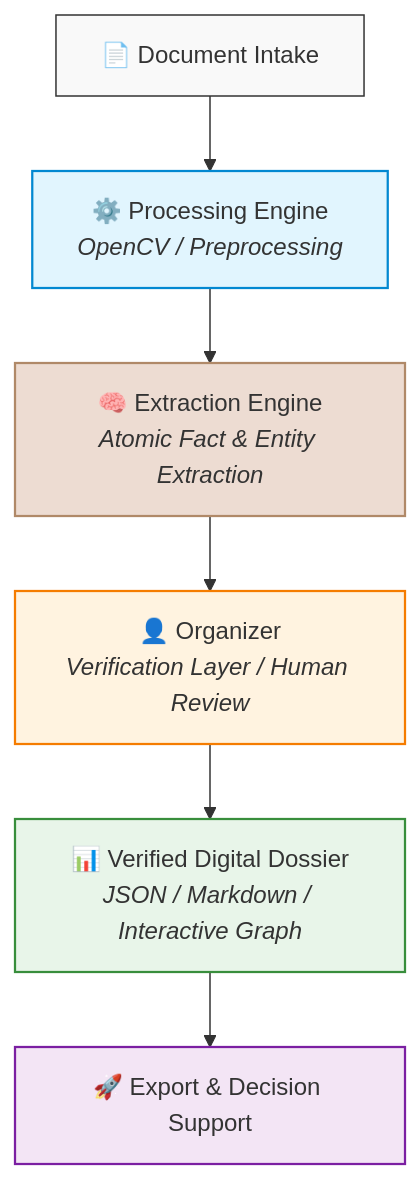
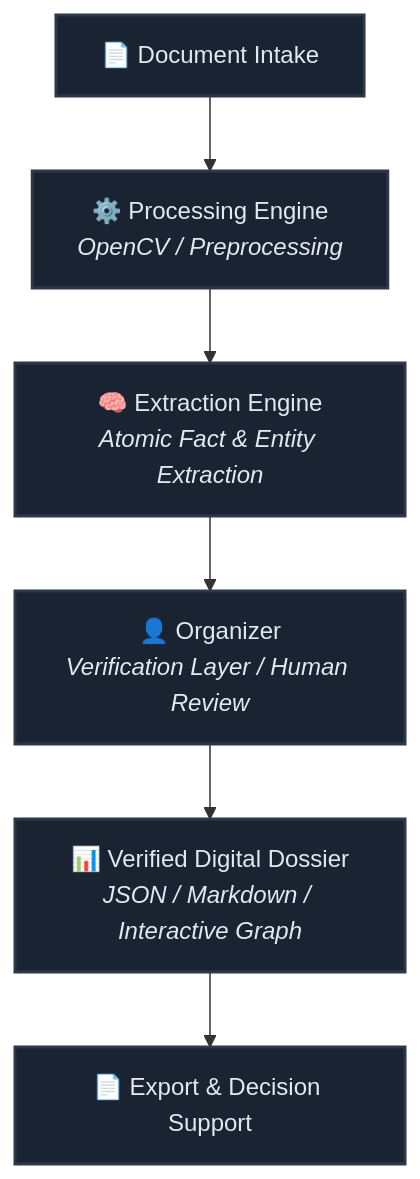
Before and after one commit to SABIR-VAULT/sabirvault-docs: the diagram in README.md, drawn with Mermaid. The commit also changed other lines of this file, not shown here.

````diff
--- a/README.md
+++ b/README.md
@@ -82,15 +82,15 @@
 ```mermaid
 flowchart TD
     A[📄 Document Intake] --> B[⚙️ Processing Engine<br/><i>OpenCV / Preprocessing</i>]
     B --> C[🧠 Extraction Engine<br/><i>Atomic Fact & Entity Extraction</i>]
     C --> D[👤 Organizer<br/><i>Verification Layer / Human Review</i>]
     D --> E[📊 Verified Digital Dossier<br/><i>JSON / Markdown / Interactive Graph</i>]
-    E --> F[🚀 Export & Decision Support]
+    E --> F[📄 Export & Decision Support]
 
-    style A fill:#f9f9f9,stroke:#333,stroke-width:1px
-    style B fill:#e1f5fe,stroke:#0288d1,stroke-width:1.5px
-    style C fill:#eddcd2,stroke:#b08968,stroke-width:1.5px
-    style D fill:#fff3e0,stroke:#f57c00,stroke-width:1.5px
-    style E fill:#e8f5e9,stroke:#388e3c,stroke-width:1.5px
-    style F fill:#f3e5f5,stroke:#7b1fa2,stroke-width:1.5px
+    style A fill:#1a2332,stroke:#2d3748,stroke-width:2px,color:#e2e8f0
+    style B fill:#1a2332,stroke:#2d3748,stroke-width:2px,color:#e2e8f0
+    style C fill:#1a2332,stroke:#2d3748,stroke-width:2px,color:#e2e8f0
+    style D fill:#1a2332,stroke:#2d3748,stroke-width:2px,color:#e2e8f0
+    style E fill:#1a2332,stroke:#2d3748,stroke-width:2px,color:#e2e8f0
+    style F fill:#1a2332,stroke:#2d3748,stroke-width:2px,color:#e2e8f0
 ```
````
